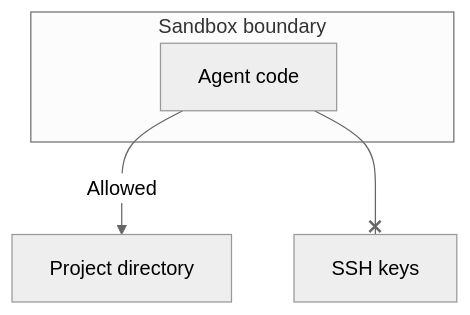
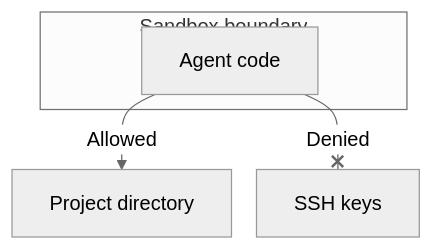
The first of 2 diagrams in docs/sandbox-isolation-boundaries.md (narumiruna/sandbox-architectures-book), drawn with Mermaid (neutral theme) before and after one commit. The commit also changed other lines of this file and 3 other files, not shown here.

Commit message:
docs: improve Mermaid diagram readability on narrow screens

````diff
--- a/docs/sandbox-isolation-boundaries.md
+++ b/docs/sandbox-isolation-boundaries.md
@@ -5,12 +5,18 @@
 ```mermaid
+---
+config:
+  flowchart:
+    rankSpacing: 24
+    nodeSpacing: 20
+---
 flowchart TB
     accTitle: Project access without SSH key access
     accDescr: Code inside the sandbox can use the exposed project directory. The host's SSH keys are not exposed.
     subgraph Sandbox["Sandbox boundary"]
         Code["Agent code"]
     end
     Project["Project directory"]
     Keys["SSH keys"]
     Code -->|Allowed| Project
-    Code --x Keys
+    Code --x|Denied| Keys
 ```
````
